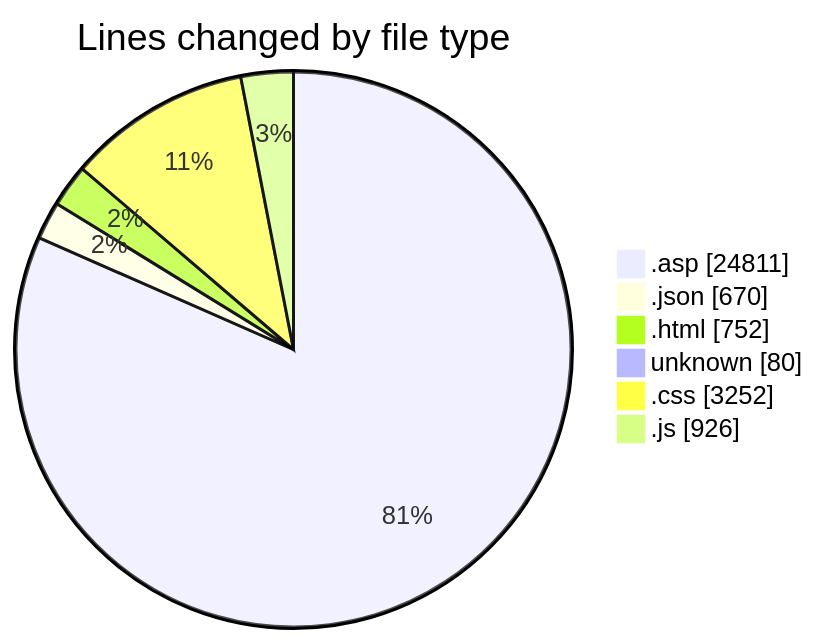
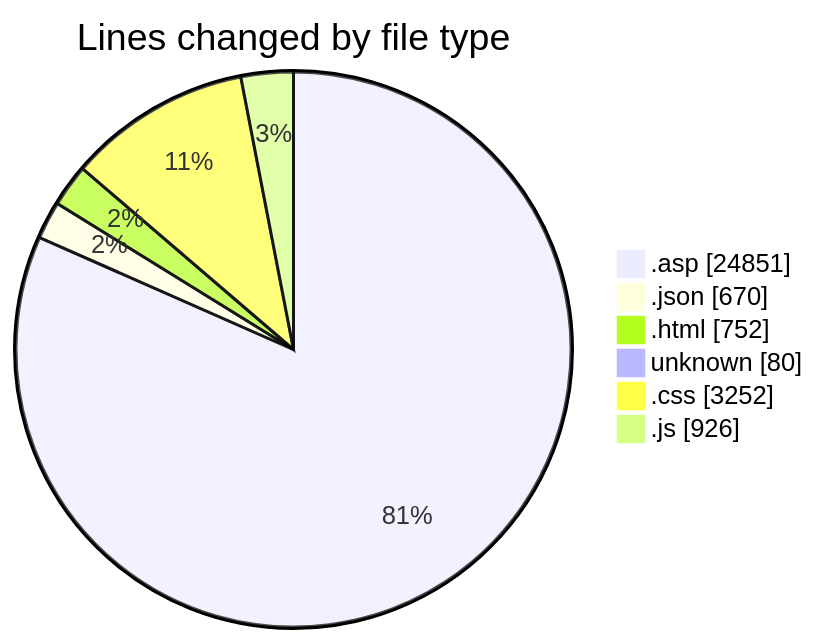
One commit to julien-gomy/code-tracking changed the first of 2 diagrams in 2025-11-01/cdp_aleoudev_fr__workspace_/README.md. Above: the diagram before and after it, drawn with Mermaid. The commit also changed other lines of this file and 1 other file, not shown here.

````diff
--- a/2025-11-01/cdp_aleoudev_fr__workspace_/README.md
+++ b/2025-11-01/cdp_aleoudev_fr__workspace_/README.md
@@ -38,10 +38,10 @@
 ```mermaid
 pie showData
 title Lines changed by file type
-".asp" : 24811
+".asp" : 24851
 ".json" : 670
 ".html" : 752
 "unknown" : 80
 ".css" : 3252
 ".js" : 926
 ```
````
